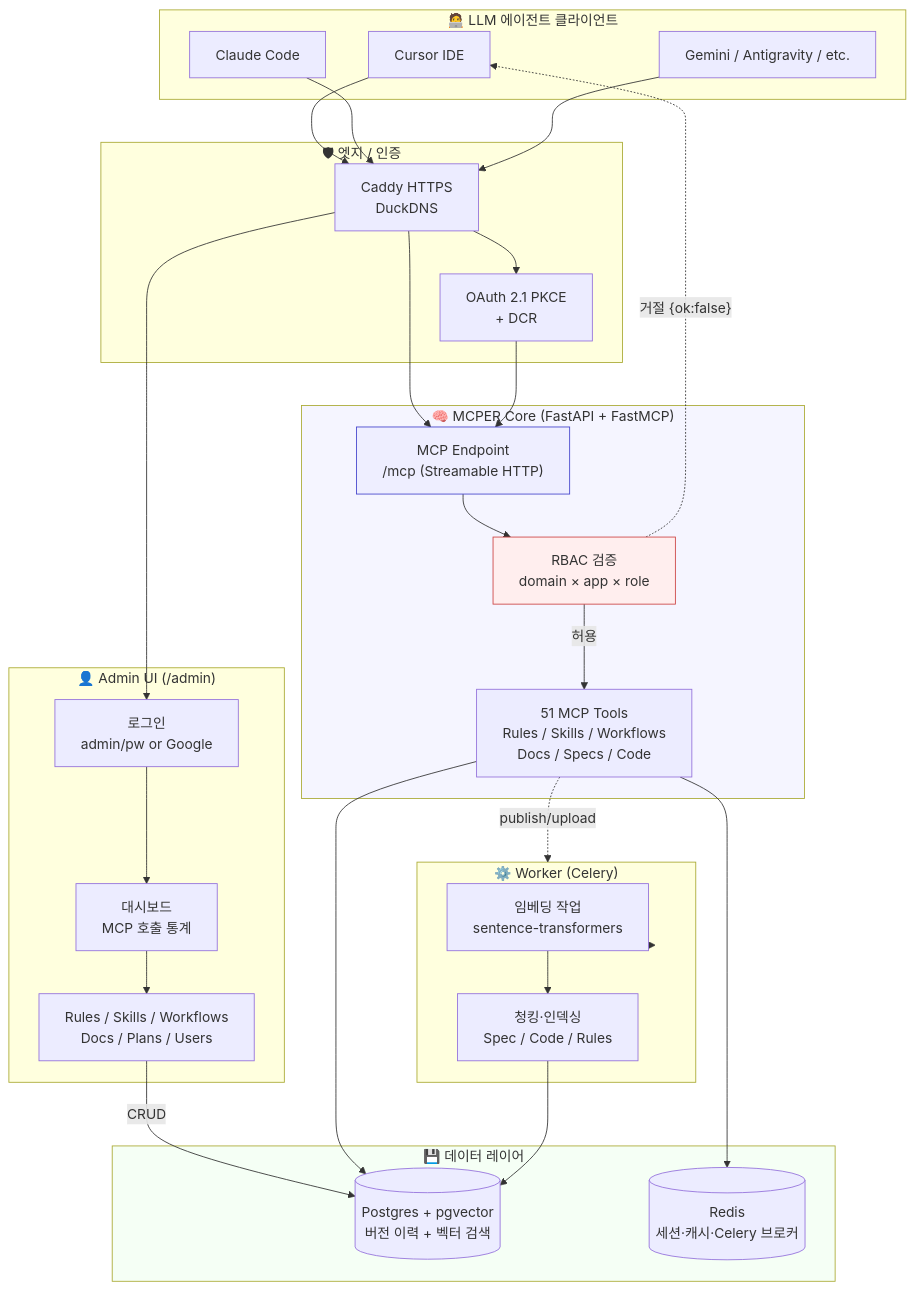
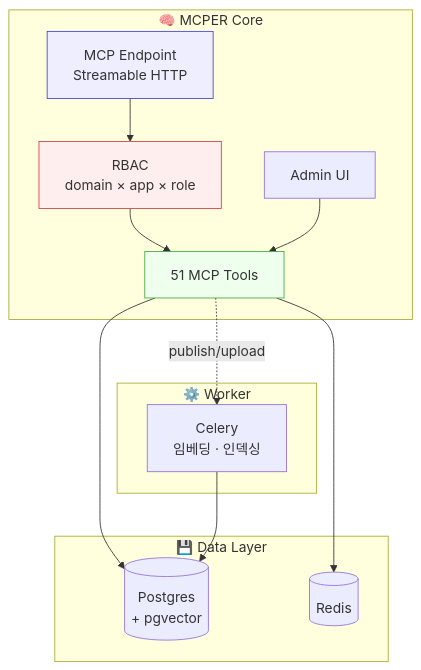
Before and after one commit to Cha-Young-Ho/mcper: the second of 4 diagrams in README.md, drawn with Mermaid. The commit also changed other lines of this file, not shown here.

Commit message:
docs: README 다이어그램을 LiteLLM 스타일 허브 그림으로 교체 + duckdns 제거
변경:
- 메인 다이어그램을 LiteLLM 처럼 Developer → MCPER → (Agents / Stores /
  Backends) 허브 형태로 재구성. 다크 테마 풍 색상 (MCPER 노드 강조).
- 기존 상세 아키텍처는 "컴포넌트 구성" 으로 축소해 2번 다이어그램으로 유지.
- duckdns 개인 인프라 언급 제거 (운영 배포 섹션 → "Caddy + HTTPS" 일반화).
- MCP 등록 예시의 `mcper.duckdns.org` → `<your-domain>` placeholder.

````diff
--- a/README.md
+++ b/README.md
@@ -27,63 +67,29 @@
 ```mermaid
 graph TB
-    subgraph Clients["🧑‍💻 LLM 에이전트 클라이언트"]
-        Cursor[Cursor IDE]
-        Claude[Claude Code]
-        Gemini[Gemini / Antigravity / etc.]
+    subgraph Core["🧠 MCPER Core"]
+        MCPEP[MCP Endpoint<br/>Streamable HTTP]
+        Admin[Admin UI]
+        RBAC[RBAC<br/>domain × app × role]
+        Tools[51 MCP Tools]
     end
 
-    subgraph Edge["🛡 엣지 / 인증"]
-        Caddy[Caddy HTTPS<br/>DuckDNS]
-        OAuth[OAuth 2.1 PKCE<br/>+ DCR]
+    subgraph Data["💾 Data Layer"]
+        PG[(Postgres<br/>+ pgvector)]
+        Redis[(Redis)]
     end
 
-    subgraph Admin["👤 Admin UI (/admin)"]
-        Login[로그인<br/>admin/pw or Google]
-        Dashboard[대시보드<br/>MCP 호출 통계]
-        AdminUI[Rules / Skills / Workflows<br/>Docs / Plans / Users]
+    subgraph Worker["⚙️ Worker"]
+        Celery[Celery<br/>임베딩 · 인덱싱]
     end
 
-    subgraph Core["🧠 MCPER Core (FastAPI + FastMCP)"]
-        MCPEP["MCP Endpoint<br/>/mcp (Streamable HTTP)"]
-        RBAC["RBAC 검증<br/>domain × app × role"]
-        Tools["51 MCP Tools<br/>Rules / Skills / Workflows<br/>Docs / Specs / Code"]
-    end
-
-    subgraph Data["💾 데이터 레이어"]
-        PG[(Postgres + pgvector<br/>버전 이력 + 벡터 검색)]
-        Redis[(Redis<br/>세션·캐시·Celery 브로커)]
-    end
-
-    subgraph Worker["⚙️ Worker (Celery)"]
-        Embed[임베딩 작업<br/>sentence-transformers]
-        Index[청킹·인덱싱<br/>Spec / Code / Rules]
-    end
-
-    Cursor --> Caddy
-    Claude --> Caddy
-    Gemini --> Caddy
-
-    Caddy --> OAuth
-    Caddy --> Login
-    Caddy --> MCPEP
-
-    OAuth --> MCPEP
-    Login --> Dashboard
-    Dashboard --> AdminUI
-    AdminUI -->|CRUD| PG
-
-    MCPEP --> RBAC
-    RBAC -->|허용| Tools
-    RBAC -.거절 {ok:false}.-> Cursor
+    MCPEP --> RBAC --> Tools
+    Admin --> Tools
     Tools --> PG
     Tools --> Redis
-    Tools -.publish/upload.-> Worker
-    Worker --> Embed
-    Embed --> Index
-    Index --> PG
+    Tools -.publish/upload.-> Celery
+    Celery --> PG
 
     style RBAC fill:#fee,stroke:#c44
     style MCPEP fill:#eef,stroke:#44c
-    style Core fill:#f5f5ff
-    style Data fill:#f5fff5
+    style Tools fill:#efe,stroke:#4a4
 ```
````
